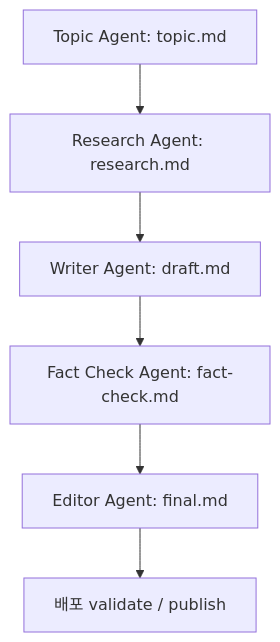
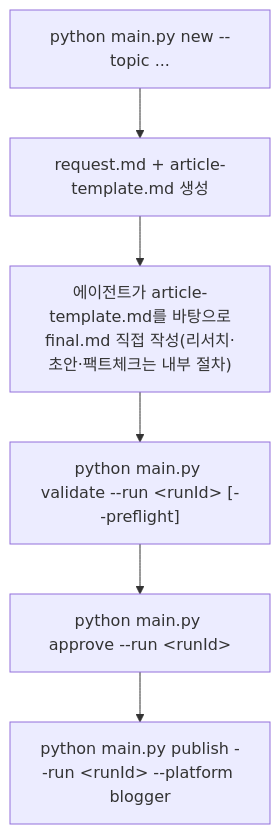
One commit to rlaguswls13/blogging changed the diagram in wiki/Agent_Guidelines.md. Above: the diagram before and after it, drawn with Mermaid. The commit also changed other lines of this file and 3 other files, not shown here.

````diff
--- a/wiki/Agent_Guidelines.md
+++ b/wiki/Agent_Guidelines.md
@@ -9,8 +9,8 @@
 ```mermaid
 graph TD
-    A[Topic Agent: topic.md] --> B[Research Agent: research.md]
-    B --> C[Writer Agent: draft.md]
-    C --> D[Fact Check Agent: fact-check.md]
-    D --> E[Editor Agent: final.md]
-    E --> F[배포 validate / publish]
+    A["python main.py new --topic ..."] --> B["request.md + article-template.md 생성"]
+    B --> C["에이전트가 article-template.md를 바탕으로<br/>final.md 직접 작성(리서치·초안·팩트체크는 내부 절차)"]
+    C --> D["python main.py validate --run &lt;runId&gt; [--preflight]"]
+    D --> E["python main.py approve --run &lt;runId&gt;"]
+    E --> F["python main.py publish --run &lt;runId&gt; --platform blogger"]
 ```
````
